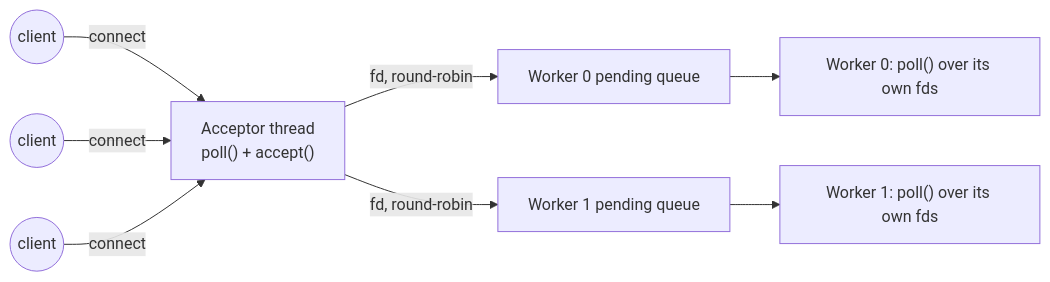
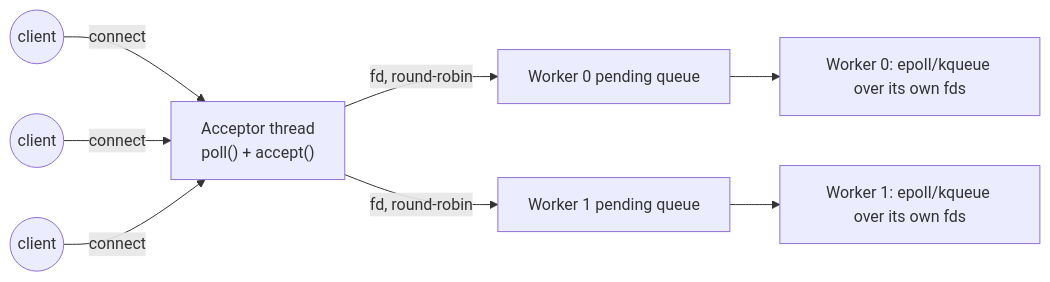
Before and after one commit to udaysehgal/dinodb: the fourth of 6 diagrams in BLOG.md, drawn with Mermaid. The commit also changed other lines of this file and 17 other files, not shown here.

````diff
--- a/BLOG.md
+++ b/BLOG.md
@@ -322,11 +341,11 @@
 ```mermaid
 flowchart LR
     Client1((client)) -->|connect| Acceptor
     Client2((client)) -->|connect| Acceptor
     Client3((client)) -->|connect| Acceptor
     Acceptor["Acceptor thread\npoll() + accept()"]
     Acceptor -->|fd, round-robin| Q0["Worker 0 pending queue"]
     Acceptor -->|fd, round-robin| Q1["Worker 1 pending queue"]
-    Q0 --> P0["Worker 0: poll() over its own fds"]
-    Q1 --> P1["Worker 1: poll() over its own fds"]
+    Q0 --> P0["Worker 0: epoll/kqueue over its own fds"]
+    Q1 --> P1["Worker 1: epoll/kqueue over its own fds"]
 ```
````
